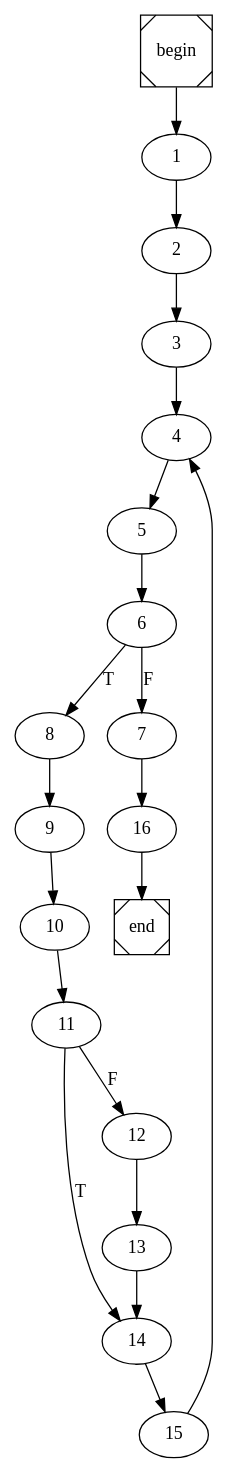
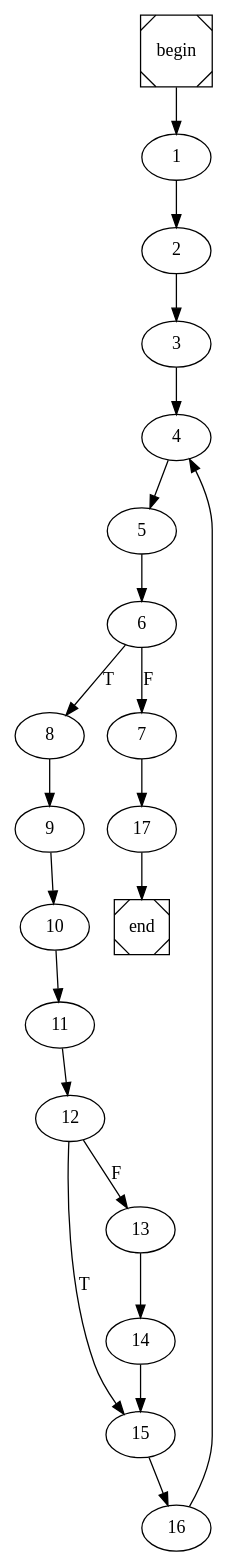
One commit to pedrojfs17/FEUP-COMP changed the diagram in getLiveNeighborN.dot. Above: the diagram before and after it, drawn with Graphviz. The commit also changed 35 other files, not shown here.

```diff
--- a/getLiveNeighborN.dot
+++ b/getLiveNeighborN.dot
@@ -1,4 +1,4 @@
 digraph cfg {
 	begin [shape=Msquare];
 	end [shape=Msquare];
-	begin -> 1;	1 -> 2;	2 -> 3;	3 -> 4;	4 -> 5;	5 -> 6;	6 -> 8[label=T];	6 -> 7[label=F];	7 -> 16;	8 -> 9;	9 -> 10;	10 -> 11;	11 -> 14[label=T];	11 -> 12[label=F];	12 -> 13;	13 -> 14;	14 -> 15;	15 -> 4;	16 -> end;}
+	begin -> 1;	1 -> 2;	2 -> 3;	3 -> 4;	4 -> 5;	5 -> 6;	6 -> 8[label=T];	6 -> 7[label=F];	7 -> 17;	8 -> 9;	9 -> 10;	10 -> 11;	11 -> 12;	12 -> 15[label=T];	12 -> 13[label=F];	13 -> 14;	14 -> 15;	15 -> 16;	16 -> 4;	17 -> end;}
```
